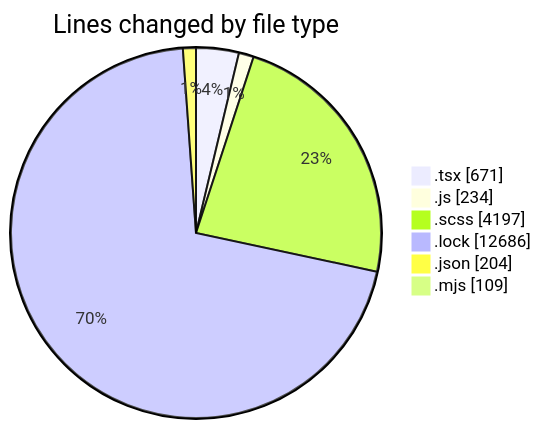
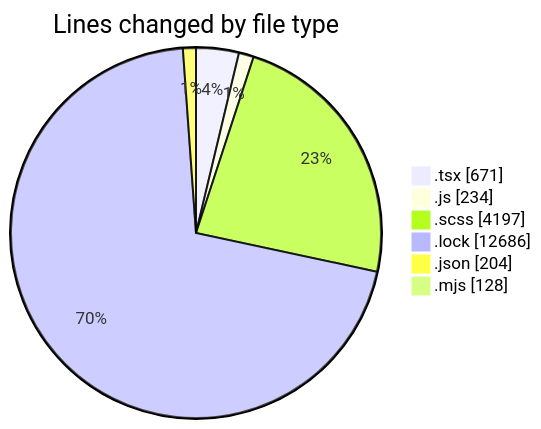
One commit to momahboobian/code-tracking changed the first of 2 diagrams in 2026-01-22/cda-web-components/README.md. Above: the diagram before and after it, drawn with Mermaid. The commit also changed other lines of this file and 1 other file, not shown here.

````diff
--- a/2026-01-22/cda-web-components/README.md
+++ b/2026-01-22/cda-web-components/README.md
@@ -59,10 +59,10 @@
 ```mermaid
 pie showData
 title Lines changed by file type
 ".tsx" : 671
 ".js" : 234
 ".scss" : 4197
 ".lock" : 12686
 ".json" : 204
-".mjs" : 109
+".mjs" : 128
 ```
````
